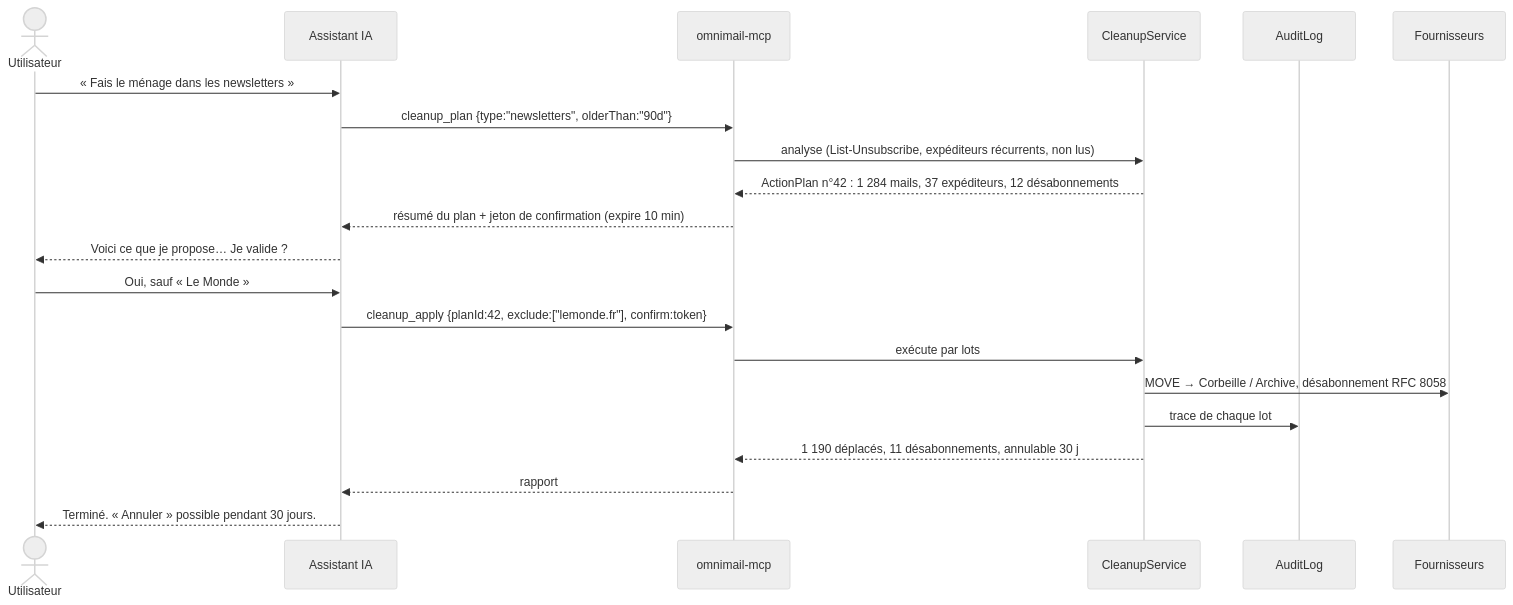
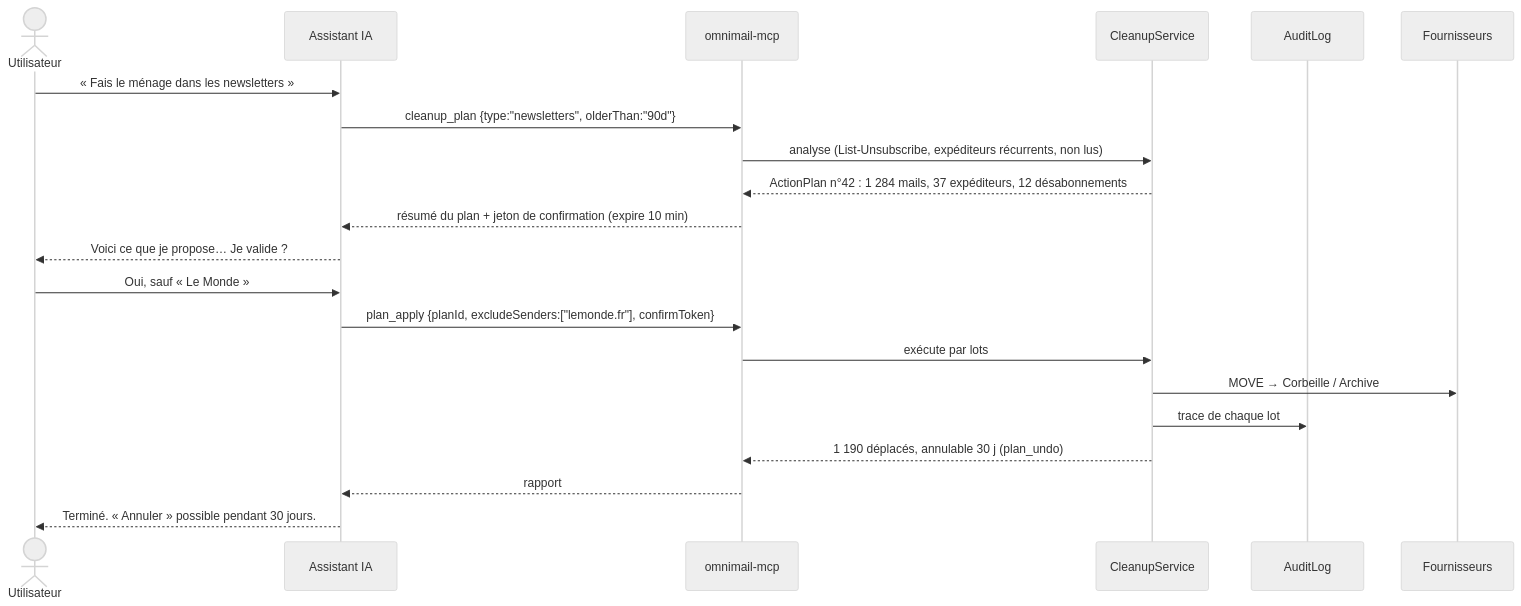
The seventh of 14 diagrams in docs/ARCHITECTURE.md (BenMacha/omnimail-mcp), drawn with Mermaid (neutral theme) before and after one commit. The commit also changed other lines of this file and 47 other files, not shown here.

First line of the commit message:
feat: serveur MCP local multi-comptes avec désabonnement, classement et nettoyage

````diff
--- a/docs/ARCHITECTURE.md
+++ b/docs/ARCHITECTURE.md
@@ -339,24 +341,24 @@
 ```mermaid
 sequenceDiagram
   actor U as Utilisateur
   participant IA as Assistant IA
   participant MCP as omnimail-mcp
   participant CS as CleanupService
   participant AL as AuditLog
   participant P as Fournisseurs
 
   U->>IA: « Fais le ménage dans les newsletters »
   IA->>MCP: cleanup_plan {type:"newsletters", olderThan:"90d"}
   MCP->>CS: analyse (List-Unsubscribe, expéditeurs récurrents, non lus)
   CS-->>MCP: ActionPlan n°42 : 1 284 mails, 37 expéditeurs, 12 désabonnements
   MCP-->>IA: résumé du plan + jeton de confirmation (expire 10 min)
   IA-->>U: Voici ce que je propose… Je valide ?
   U->>IA: Oui, sauf « Le Monde »
-  IA->>MCP: cleanup_apply {planId:42, exclude:["lemonde.fr"], confirm:token}
+  IA->>MCP: plan_apply {planId, excludeSenders:["lemonde.fr"], confirmToken}
   MCP->>CS: exécute par lots
-  CS->>P: MOVE → Corbeille / Archive, désabonnement RFC 8058
+  CS->>P: MOVE → Corbeille / Archive
   CS->>AL: trace de chaque lot
-  CS-->>MCP: 1 190 déplacés, 11 désabonnements, annulable 30 j
+  CS-->>MCP: 1 190 déplacés, annulable 30 j (plan_undo)
   MCP-->>IA: rapport
   IA-->>U: Terminé. « Annuler » possible pendant 30 jours.
 ```
````
